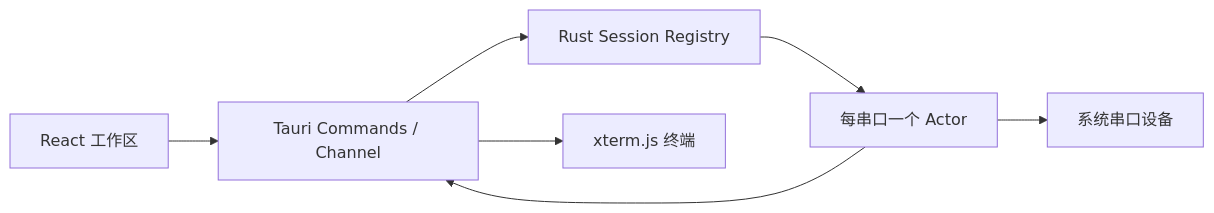
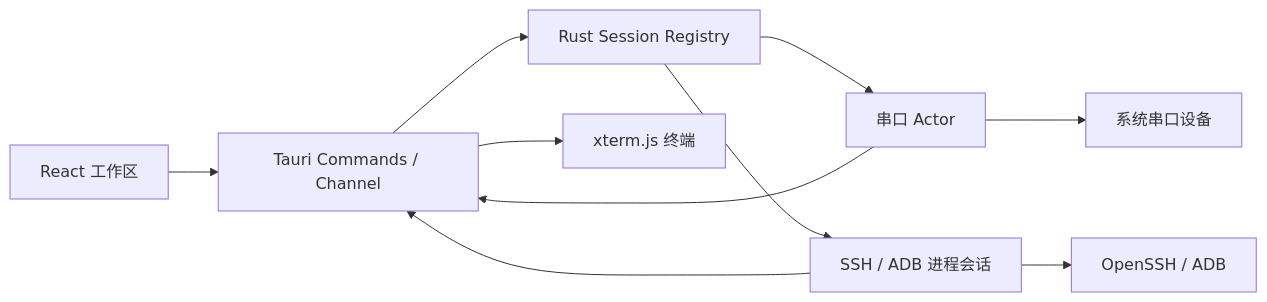
Before and after one commit to Oublie-le/iTerm: the diagram in README.md, drawn with Mermaid. The commit also changed other lines of this file and 7 other files, not shown here.

Commit message:
Document SSH and ADB workflows

````diff
--- a/README.md
+++ b/README.md
@@ -130,9 +150,12 @@
 ```mermaid
 flowchart LR
     UI["React 工作区"] --> IPC["Tauri Commands / Channel"]
     IPC --> Core["Rust Session Registry"]
-    Core --> Actor["每串口一个 Actor"]
-    Actor --> Device["系统串口设备"]
-    Actor --> IPC
+    Core --> Serial["串口 Actor"]
+    Core --> Process["SSH / ADB 进程会话"]
+    Serial --> Device["系统串口设备"]
+    Process --> Tools["OpenSSH / ADB"]
+    Serial --> IPC
+    Process --> IPC
     IPC --> Terminal["xterm.js 终端"]
 ```
````
